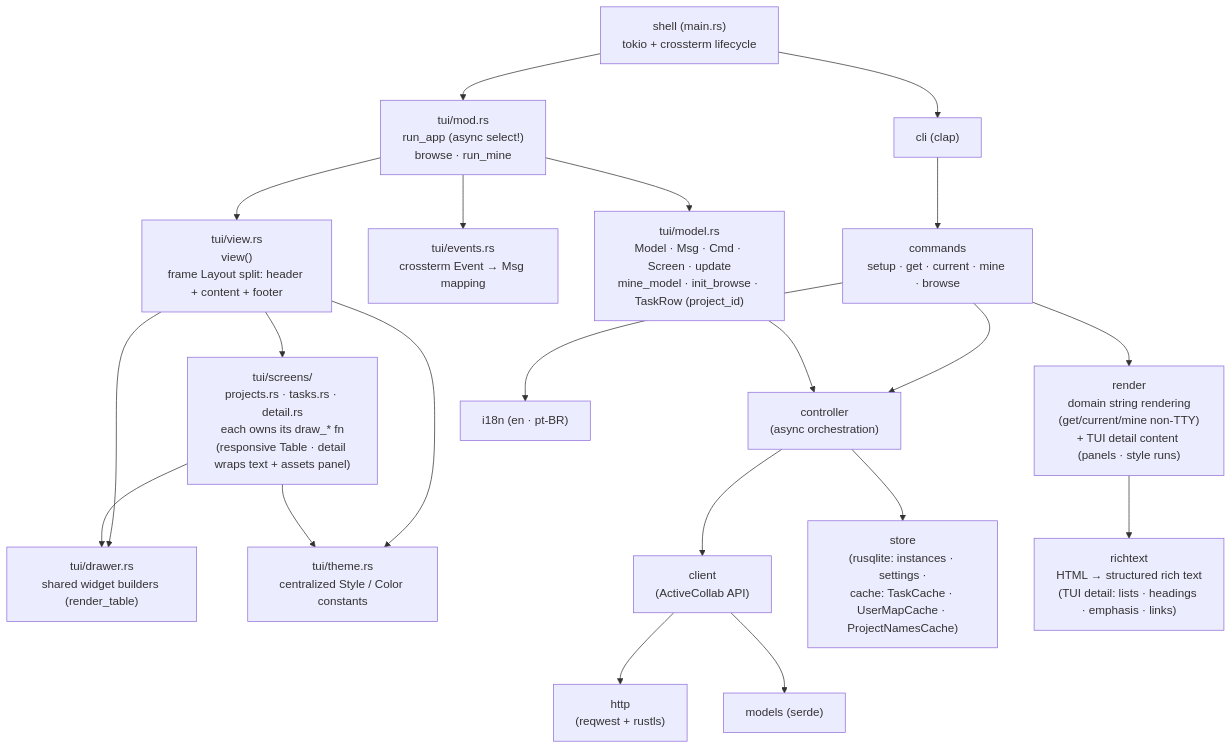
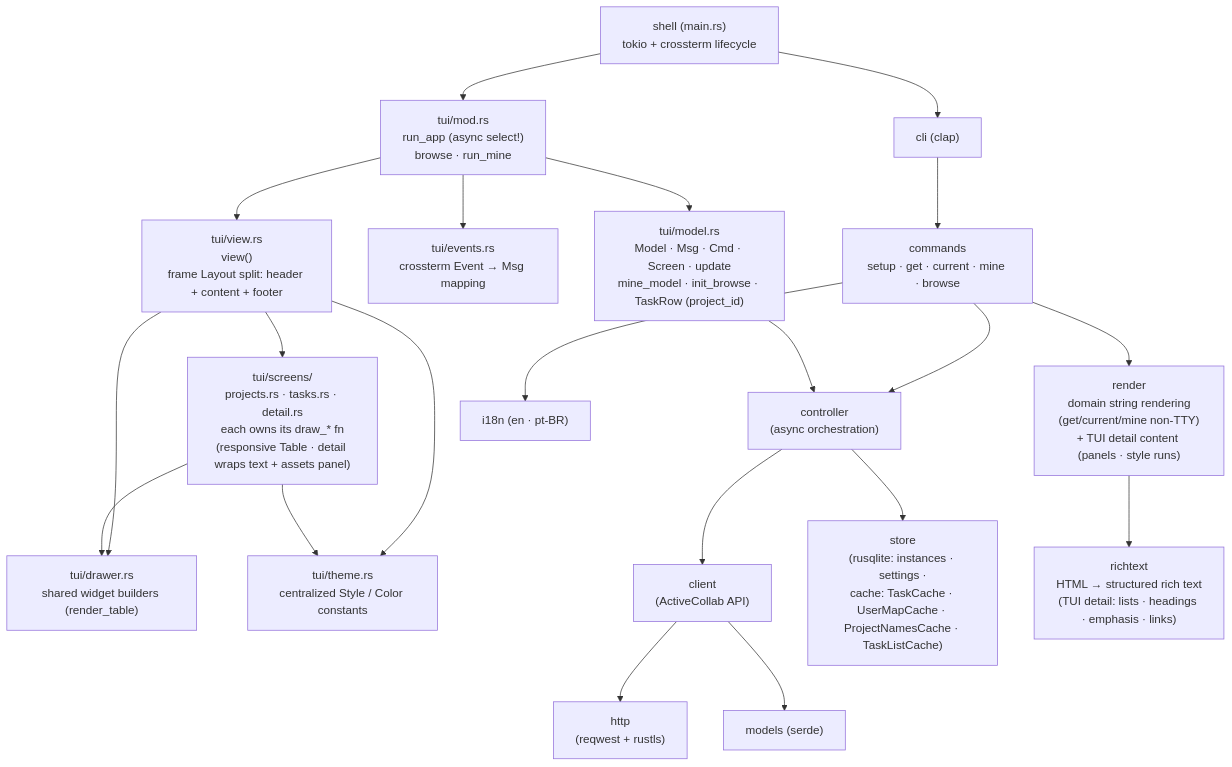
The first of 2 diagrams in docs/architecture.md (ejklock/active-collab-cli), drawn with Mermaid before and after one commit. The commit also changed 28 other files, not shown here.

First line of the commit message:
feat: task-list SWR on entry + responsive detail chrome wrap

````diff
--- a/docs/architecture.md
+++ b/docs/architecture.md
@@ -20,23 +20,23 @@
 ```mermaid
 flowchart TD
     main["shell (main.rs)\ntokio + crossterm lifecycle"] --> tui["tui/mod.rs\nrun_app (async select!)\nbrowse · run_mine"]
     tui --> model["tui/model.rs\nModel · Msg · Cmd · Screen · update\nmine_model · init_browse · TaskRow (project_id)"]
     tui --> events["tui/events.rs\ncrossterm Event → Msg mapping"]
     tui --> view["tui/view.rs\nview()\nframe Layout split: header + content + footer"]
     view --> screens["tui/screens/\nprojects.rs · tasks.rs · detail.rs\neach owns its draw_* fn\n(responsive Table · detail wraps text + assets panel)"]
     view --> drawer["tui/drawer.rs\nshared widget builders (render_table)"]
     view --> theme["tui/theme.rs\ncentralized Style / Color constants"]
     screens --> drawer
     screens --> theme
     main --> cli["cli (clap)"]
     cli --> commands["commands\nsetup · get · current · mine · browse"]
     commands --> controller["controller\n(async orchestration)"]
     model --> controller
     controller --> client["client\n(ActiveCollab API)"]
     client --> http["http\n(reqwest + rustls)"]
-    controller --> store["store\n(rusqlite: instances · settings ·\ncache: TaskCache · UserMapCache · ProjectNamesCache)"]
+    controller --> store["store\n(rusqlite: instances · settings ·\ncache: TaskCache · UserMapCache · ProjectNamesCache · TaskListCache)"]
     commands --> render["render\ndomain string rendering\n(get/current/mine non-TTY)\n+ TUI detail content (panels · style runs)"]
     render --> richtext["richtext\nHTML → structured rich text\n(TUI detail: lists · headings · emphasis · links)"]
     commands --> i18n["i18n (en · pt-BR)"]
     client --> models["models (serde)"]
 ```
````
